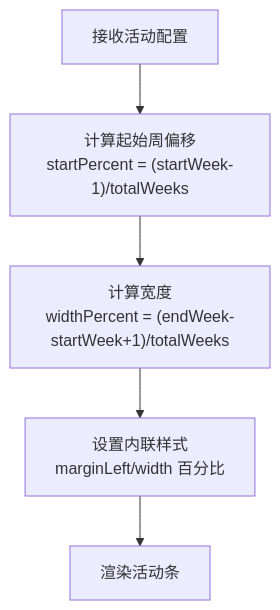
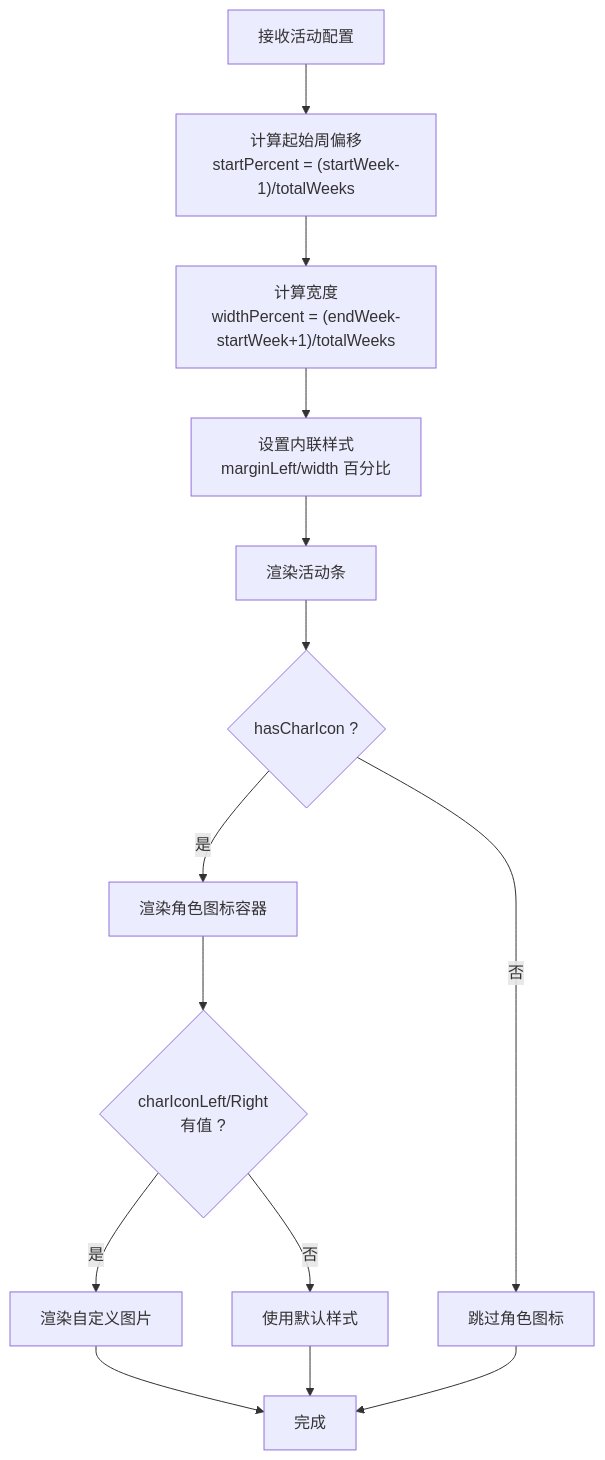
The fifth of 6 diagrams in .qoder/repowiki/zh/content/配置系统.md (xuanyulingnfeg/gameCalendar), drawn with Mermaid before and after one commit. The commit also changed other lines of this file and 7 other files, not shown here.

````diff
--- a/.qoder/repowiki/zh/content/配置系统.md
+++ b/.qoder/repowiki/zh/content/配置系统.md
@@ -204,7 +222,16 @@
 ```mermaid
 flowchart TD
 A["接收活动配置"] --> B["计算起始周偏移<br/>startPercent = (startWeek-1)/totalWeeks"]
 B --> C["计算宽度<br/>widthPercent = (endWeek-startWeek+1)/totalWeeks"]
 C --> D["设置内联样式<br/>marginLeft/width 百分比"]
 D --> E["渲染活动条"]
+E --> F{"hasCharIcon ?"}
+F --> |是| G["渲染角色图标容器"]
+F --> |否| H["跳过角色图标"]
+G --> I{"charIconLeft/Right<br/>有值 ?"}
+I --> |是| J["渲染自定义图片"]
+I --> |否| K["使用默认样式"]
+J --> L["完成"]
+K --> L
+H --> L
 ```
````
